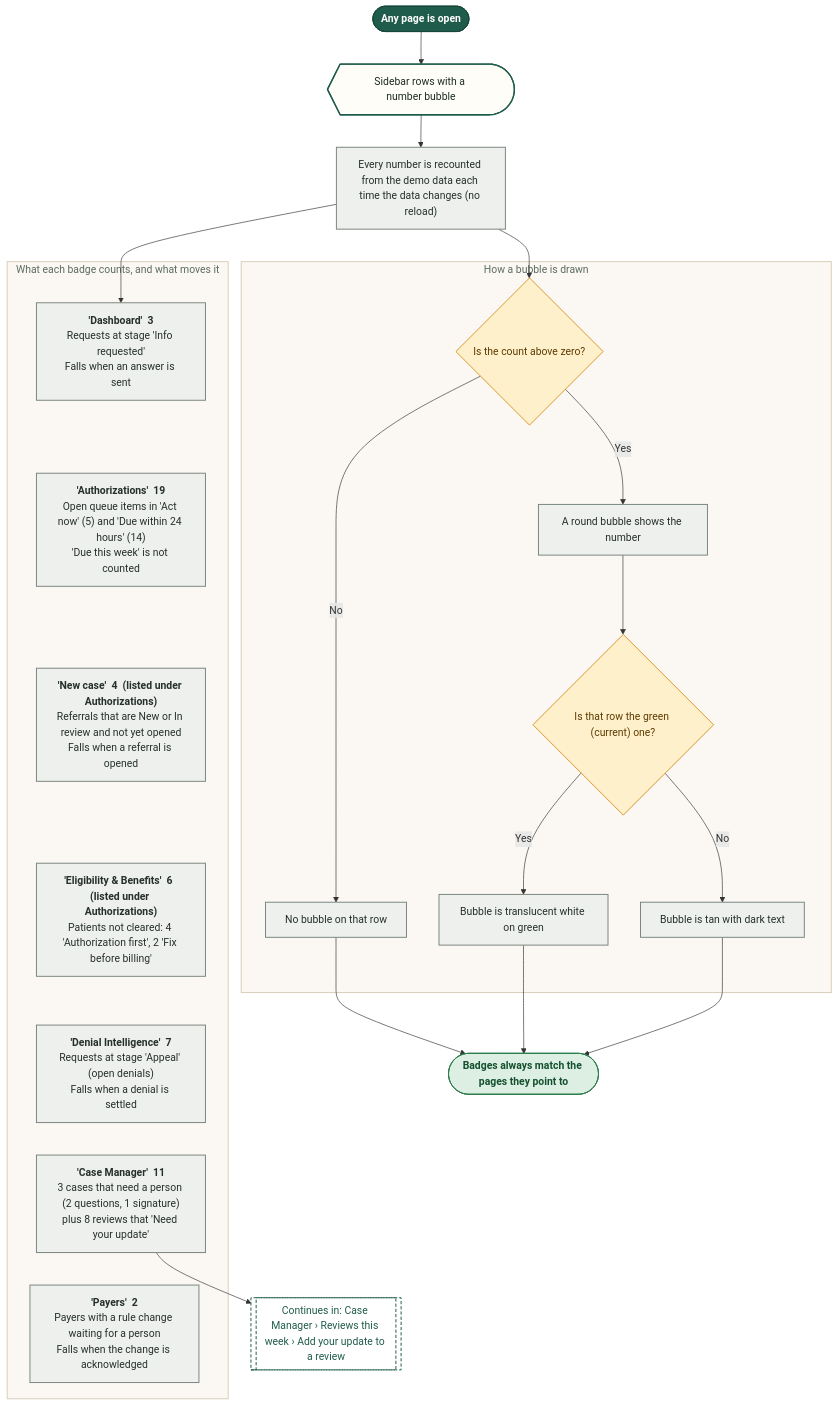
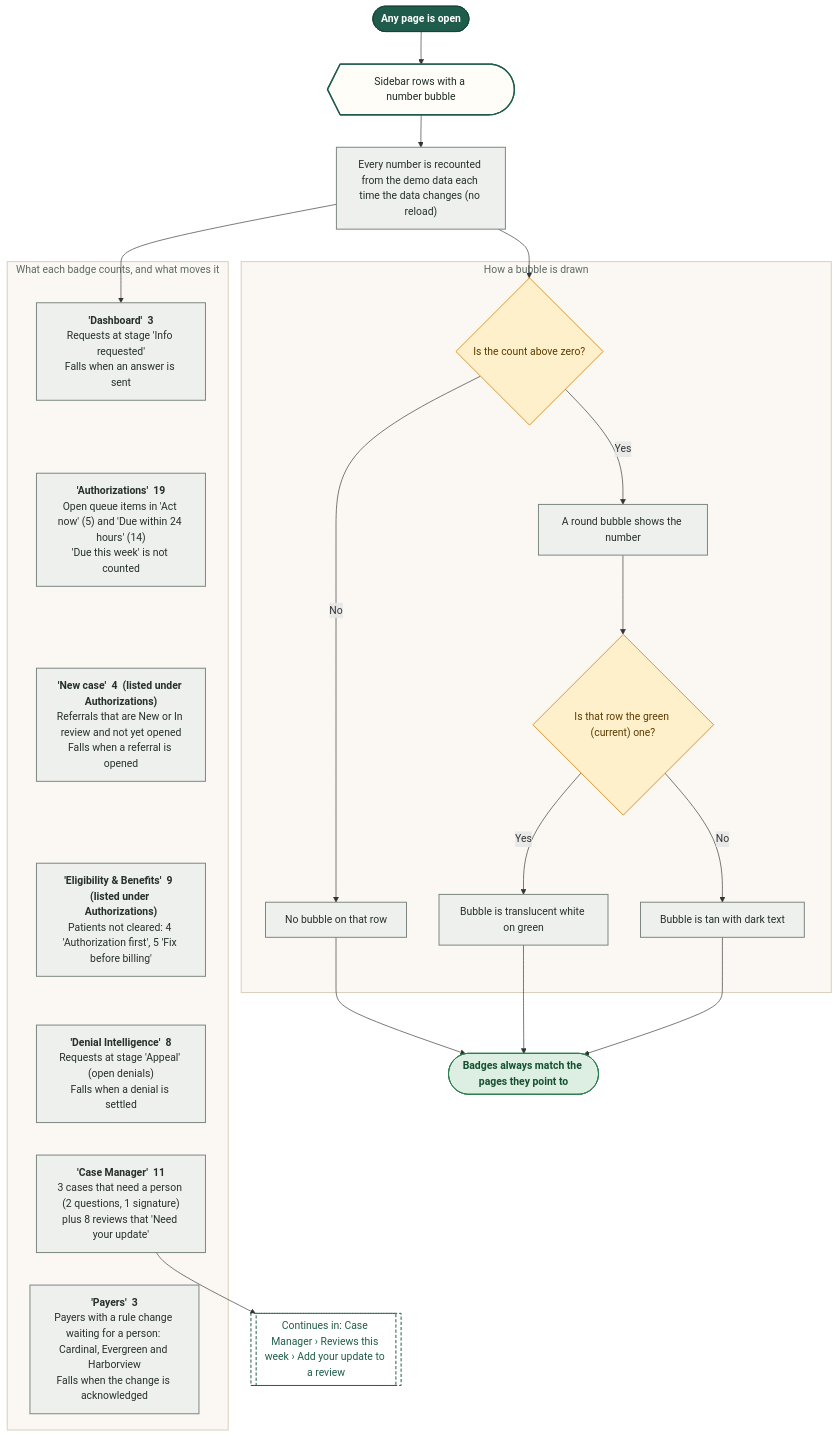
Before and after one commit to Shrav143/psyfloapp: the second of 15 diagrams in demos/prior-auth-demo/workflows/out/md/01-global-shell.md, drawn with Mermaid. The commit also changed other lines of this file and 195 other files, not shown here.

First line of the commit message:
docs: Rebuild workflow diagrams after the demo fixes (220 diagrams)

````diff
--- a/demos/prior-auth-demo/workflows/out/md/01-global-shell.md
+++ b/demos/prior-auth-demo/workflows/out/md/01-global-shell.md
@@ -107,60 +107,60 @@
 ```mermaid
 %%{init: {"theme":"base","themeVariables":{"fontFamily":"'DM Sans', 'Segoe UI', system-ui, sans-serif","fontSize":"15px","lineColor":"#5B6B63","primaryTextColor":"#1C2B25","clusterBkg":"#FBF8F3","clusterBorder":"#D9CDBB","edgeLabelBackground":"#FFFFFF"},"flowchart":{"curve":"basis","nodeSpacing":36,"rankSpacing":48,"padding":12,"htmlLabels":true,"useMaxWidth":false,"wrappingWidth":230}} }%%
 flowchart TD
   classDef k_start fill:#1F5C4B,stroke:#174638,color:#FFFFFF,stroke-width:1.5px,font-weight:600
   classDef k_end fill:#DDEFE3,stroke:#2E7D4F,color:#14502F,stroke-width:1.5px,font-weight:600
   classDef k_endx fill:#FBE3E0,stroke:#C0392B,color:#7A1F16,stroke-width:1.5px,font-weight:600
   classDef k_screen fill:#FFFDF8,stroke:#1F5C4B,color:#1C2B25,stroke-width:2px
   classDef k_overlay fill:#F1F7F3,stroke:#1F5C4B,color:#1C2B25,stroke-width:2px,stroke-dasharray:5 3
   classDef k_click fill:#DCEBFA,stroke:#2F6DB5,color:#12365F,stroke-width:1.5px
   classDef k_input fill:#E4E7FF,stroke:#4C5FD5,color:#1D2670,stroke-width:1.5px
   classDef k_process fill:#EEF0EE,stroke:#7A857F,color:#26302B,stroke-width:1.5px
   classDef k_agent fill:#EEE5FA,stroke:#7A4FC2,color:#341A63,stroke-width:1.5px
   classDef k_decision fill:#FFF0CC,stroke:#D9962B,color:#5C3B00,stroke-width:1.5px
   classDef k_store fill:#D5F0EA,stroke:#1C8E7B,color:#0B4A3F,stroke-width:1.5px
   classDef k_doc fill:#F6E9DC,stroke:#B07A4C,color:#4A2E14,stroke-width:1.5px
   classDef k_ext fill:#FFE6D2,stroke:#E07B39,color:#6B2F06,stroke-width:1.5px
   classDef k_wait fill:#E4E8EE,stroke:#6B7C93,color:#26303D,stroke-width:1.5px
   classDef k_toast fill:#FFF9DB,stroke:#C9A400,color:#5A4A00,stroke-width:1.5px
   classDef k_goto fill:#FFFFFF,stroke:#1F5C4B,color:#1F5C4B,stroke-width:1.5px,stroke-dasharray:5 3
   s1@{ shape: stadium, label: "Any page is open" }
   sb@{ shape: curv-trap, label: "Sidebar rows with a number bubble" }
   p1@{ shape: rect, label: "Every number is recounted from the demo data each time the data changes (no reload)" }
   subgraph gDraw ["How a bubble is drawn"]
   d1@{ shape: diam, label: "Is the count above zero?" }
   z@{ shape: rect, label: "No bubble on that row" }
   nz@{ shape: rect, label: "A round bubble shows the number" }
   d2@{ shape: diam, label: "Is that row the green (current) one?" }
   on@{ shape: rect, label: "Bubble is translucent white on green" }
   off@{ shape: rect, label: "Bubble is tan with dark text" }
   end
   subgraph gB ["What each badge counts, and what moves it"]
   b1@{ shape: rect, label: "<b>'Dashboard'  3</b><br/>Requests at stage 'Info requested'<br/>Falls when an answer is sent" }
   b2@{ shape: rect, label: "<b>'Authorizations'  19</b><br/>Open queue items in 'Act now' (5) and 'Due within 24 hours' (14)<br/>'Due this week' is not counted" }
   b3@{ shape: rect, label: "<b>'New case'  4  (listed under Authorizations)</b><br/>Referrals that are New or In review and not yet opened<br/>Falls when a referral is opened" }
-  b4@{ shape: rect, label: "<b>'Eligibility & Benefits'  6  (listed under Authorizations)</b><br/>Patients not cleared: 4 'Authorization first', 2 'Fix before billing'" }
-  b5@{ shape: rect, label: "<b>'Denial Intelligence'  7</b><br/>Requests at stage 'Appeal' (open denials)<br/>Falls when a denial is settled" }
+  b4@{ shape: rect, label: "<b>'Eligibility & Benefits'  9  (listed under Authorizations)</b><br/>Patients not cleared: 4 'Authorization first', 5 'Fix before billing'" }
+  b5@{ shape: rect, label: "<b>'Denial Intelligence'  8</b><br/>Requests at stage 'Appeal' (open denials)<br/>Falls when a denial is settled" }
   b6@{ shape: rect, label: "<b>'Case Manager'  11</b><br/>3 cases that need a person (2 questions, 1 signature)<br/>plus 8 reviews that 'Need your update'" }
-  b7@{ shape: rect, label: "<b>'Payers'  2</b><br/>Payers with a rule change waiting for a person<br/>Falls when the change is acknowledged" }
+  b7@{ shape: rect, label: "<b>'Payers'  3</b><br/>Payers with a rule change waiting for a person: Cardinal, Evergreen and Harborview<br/>Falls when the change is acknowledged" }
   end
   g1@{ shape: subproc, label: "Continues in: Case Manager › Reviews this week › Add your update to a review" }
   e1@{ shape: stadium, label: "Badges always match the pages they point to" }
   s1 --> sb --> p1
   p1 --> d1
   d1 -->|"No"| z
   d1 -->|"Yes"| nz --> d2
   d2 -->|"Yes"| on
   d2 -->|"No"| off
   z & on & off --> e1
   p1 --> b1
   b1 ~~~ b2 ~~~ b3 ~~~ b4 ~~~ b5 ~~~ b6 ~~~ b7
   b6 --> g1
   class s1 k_start
   class sb k_screen
   class p1,z,nz,on,off,b1,b2,b3,b4,b5,b6,b7 k_process
   class d1,d2 k_decision
   class g1 k_goto
   class e1 k_end
   style gDraw fill:#FBF8F3,stroke:#D9CDBB,stroke-width:1.5px,color:#5B6B63
   style gB fill:#FBF8F3,stroke:#D9CDBB,stroke-width:1.5px,color:#5B6B63
 ```
````
